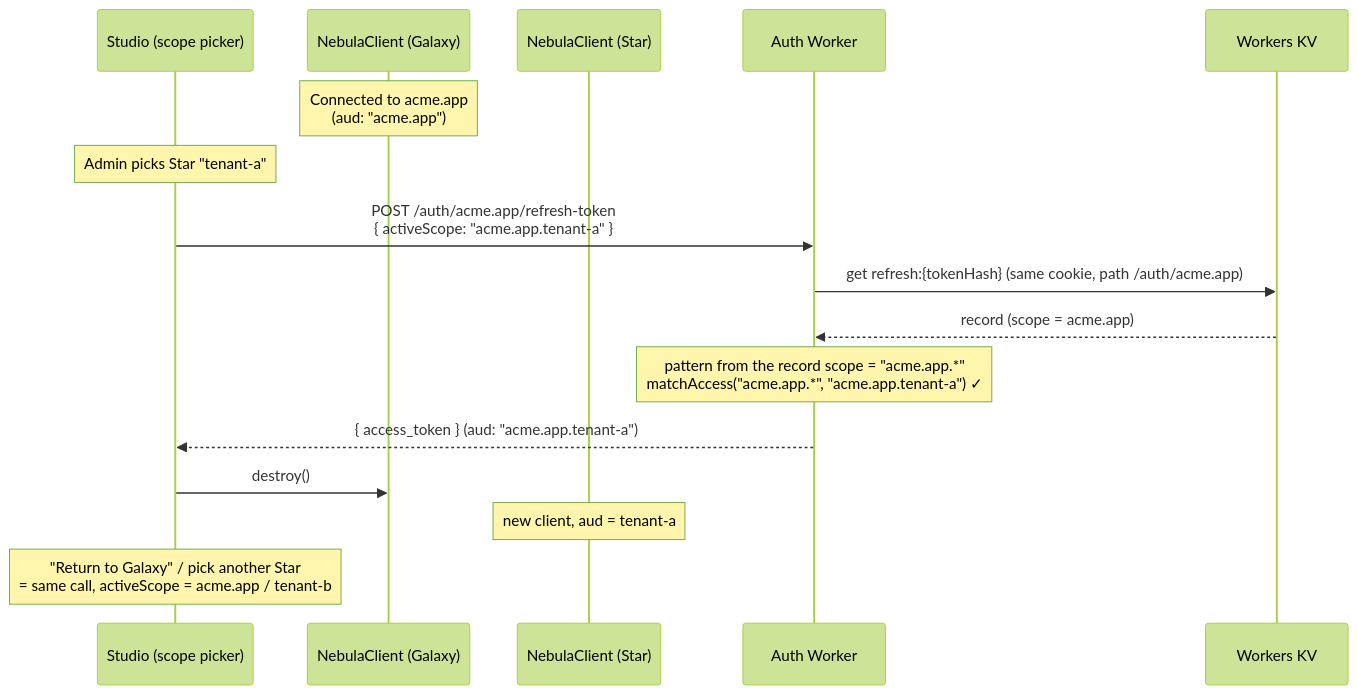
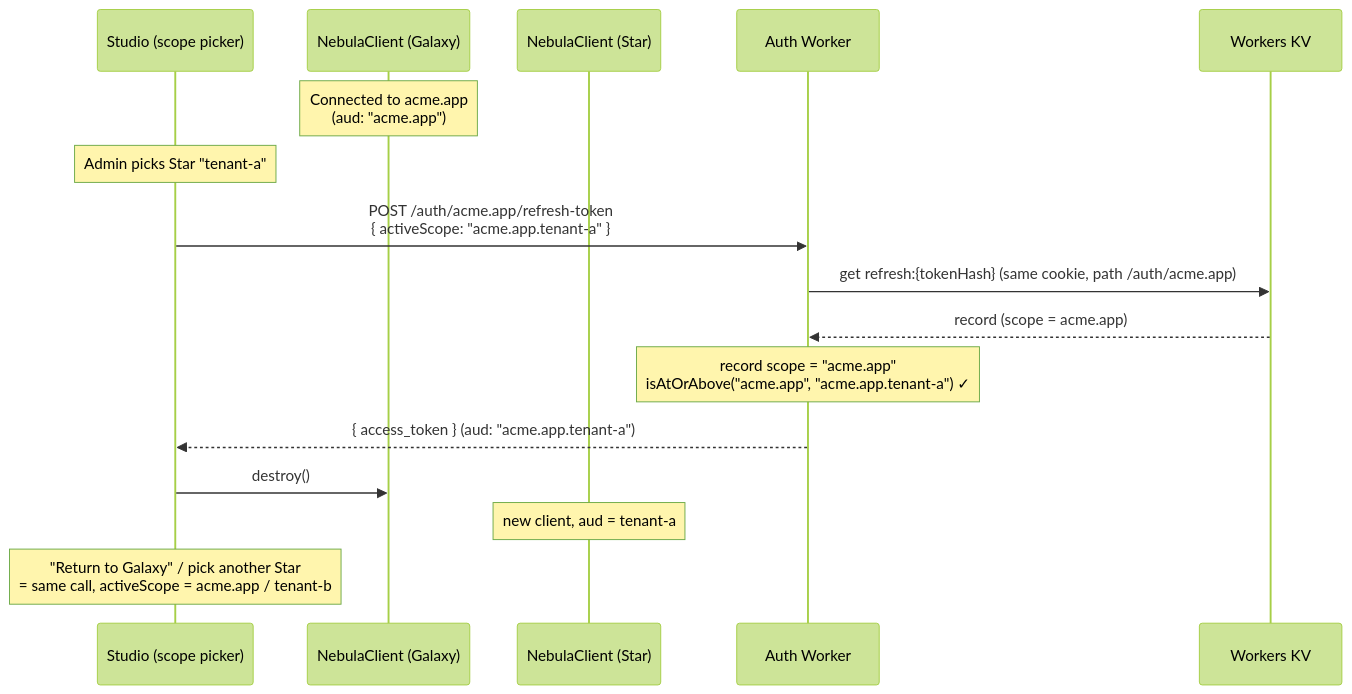
The fourth of 6 diagrams in website/docs/nebula/auth-flows.md (lumenize/lumenize), drawn with Mermaid (forest theme) before and after one commit. The commit also changed other lines of this file and 19 other files, not shown here.

````diff
--- a/website/docs/nebula/auth-flows.md
+++ b/website/docs/nebula/auth-flows.md
@@ -224,20 +224,20 @@
 ```mermaid
 sequenceDiagram
     participant UI as Studio (scope picker)
     participant NC1 as NebulaClient (Galaxy)
     participant NC2 as NebulaClient (Star)
     participant W as Auth Worker
     participant KV as Workers KV
 
     Note over NC1: Connected to acme.app<br/>(aud: "acme.app")
 
     Note over UI: Admin picks Star "tenant-a"
     UI->>W: POST /auth/acme.app/refresh-token<br/>{ activeScope: "acme.app.tenant-a" }
     W->>KV: get refresh:{tokenHash} (same cookie, path /auth/acme.app)
     KV-->>W: record (scope = acme.app)
-    Note over W: pattern from the record scope = "acme.app.*"<br/>matchAccess("acme.app.*", "acme.app.tenant-a") ✓
+    Note over W: record scope = "acme.app"<br/>isAtOrAbove("acme.app", "acme.app.tenant-a") ✓
     W-->>UI: { access_token } (aud: "acme.app.tenant-a")
     UI->>NC1: destroy()
     Note over NC2: new client, aud = tenant-a
     Note over UI: "Return to Galaxy" / pick another Star<br/>= same call, activeScope = acme.app / tenant-b
 ```
````
